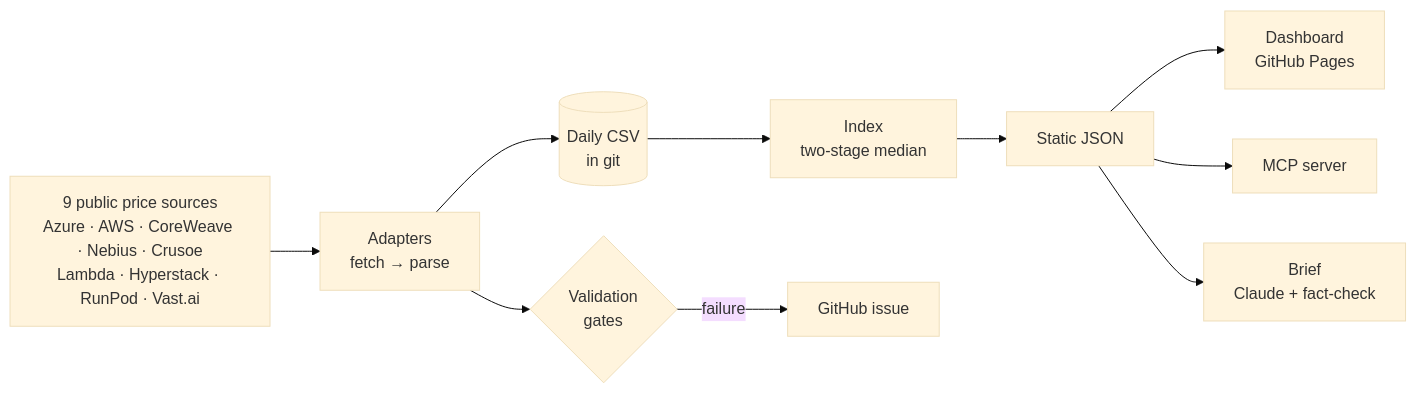
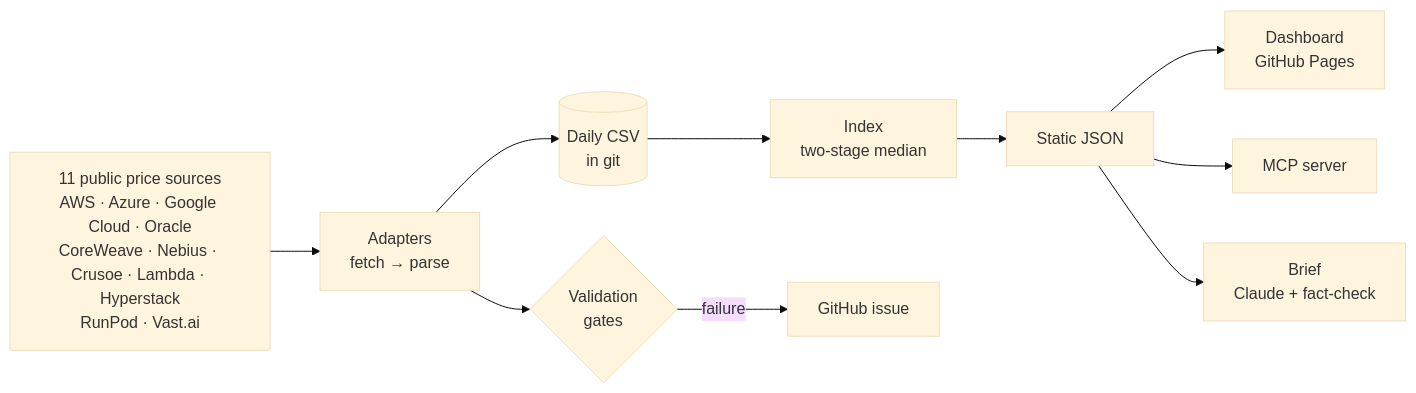
One commit to ewyluda/gpu-price-index changed the diagram in README.md. Above: the diagram before and after it, drawn with Mermaid (base theme). The commit also changed other lines of this file and 14 other files, not shown here.

First line of the commit message:
Add Google Cloud and Oracle Cloud sources

````diff
--- a/README.md
+++ b/README.md
@@ -46,12 +46,12 @@
 ```mermaid
 flowchart LR
-    S["9 public price sources<br/>Azure · AWS · CoreWeave · Nebius · Crusoe<br/>Lambda · Hyperstack · RunPod · Vast.ai"] --> A["Adapters<br/>fetch → parse"]
+    S["11 public price sources<br/>AWS · Azure · Google Cloud · Oracle<br/>CoreWeave · Nebius · Crusoe · Lambda · Hyperstack<br/>RunPod · Vast.ai"] --> A["Adapters<br/>fetch → parse"]
     A --> V{"Validation<br/>gates"}
     A --> D[("Daily CSV<br/>in git")]
     D --> I["Index<br/>two-stage median"]
     I --> P["Static JSON"]
     P --> W["Dashboard<br/>GitHub Pages"]
     P --> M["MCP server"]
     P --> B["Brief<br/>Claude + fact-check"]
     V -- "failure" --> G["GitHub issue"]
 ```
````
